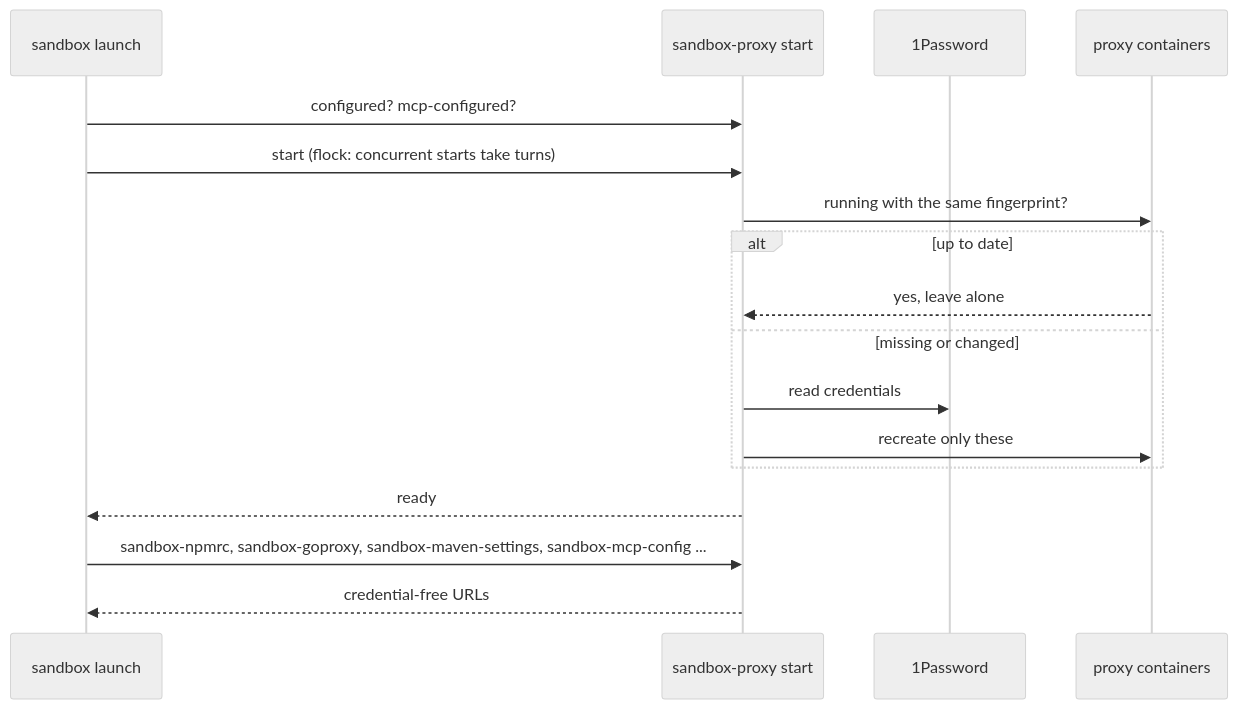
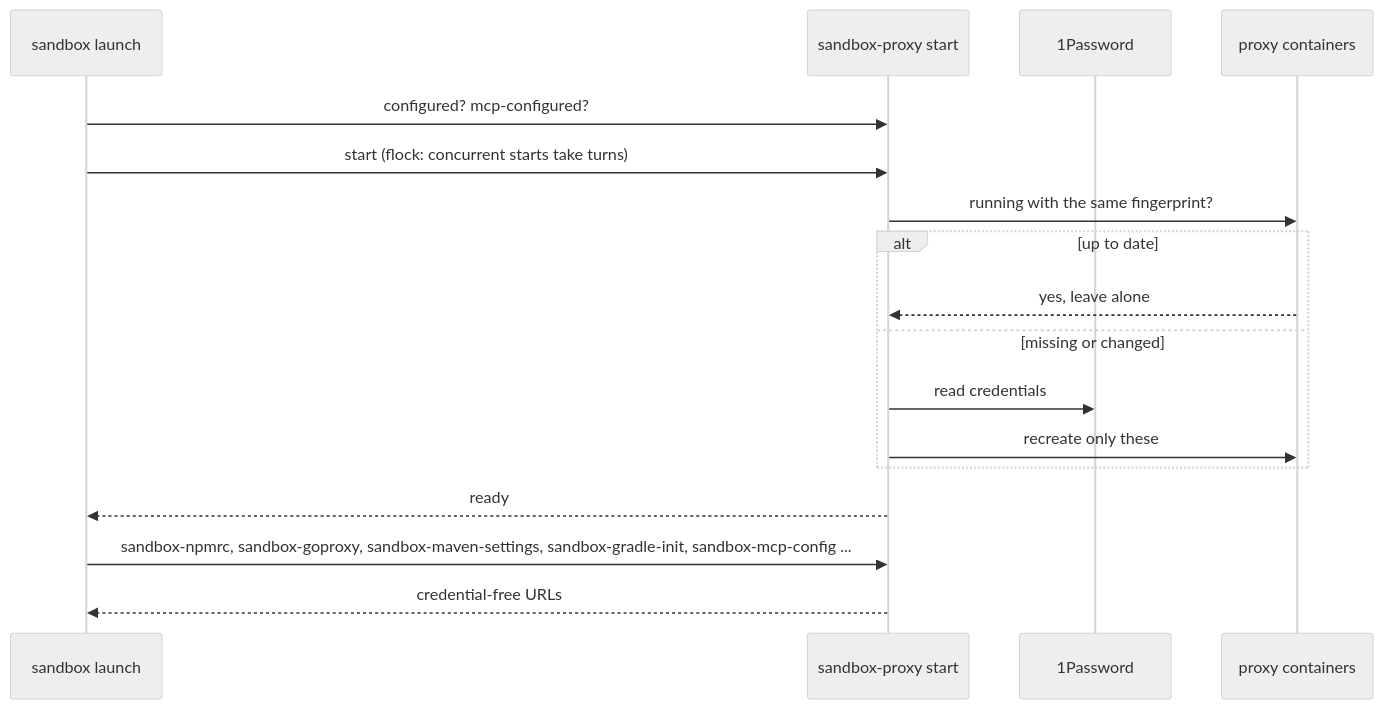
One commit to zero4573/nixos changed the second of 2 diagrams in docs/sandbox-proxy.md. Above: the diagram before and after it, drawn with Mermaid (neutral theme). The commit also changed other lines of this file and 7 other files, not shown here.

````diff
--- a/docs/sandbox-proxy.md
+++ b/docs/sandbox-proxy.md
@@ -29,19 +29,19 @@
 ```mermaid
 sequenceDiagram
     participant L as sandbox launch
     participant S as sandbox-proxy start
     participant O as 1Password
     participant K as proxy containers
     L->>S: configured? mcp-configured?
     L->>S: start (flock: concurrent starts take turns)
     S->>K: running with the same fingerprint?
     alt up to date
         K-->>S: yes, leave alone
     else missing or changed
         S->>O: read credentials
         S->>K: recreate only these
     end
     S-->>L: ready
-    L->>S: sandbox-npmrc, sandbox-goproxy, sandbox-maven-settings, sandbox-mcp-config ...
+    L->>S: sandbox-npmrc, sandbox-goproxy, sandbox-maven-settings, sandbox-gradle-init, sandbox-mcp-config ...
     S-->>L: credential-free URLs
 ```
````
